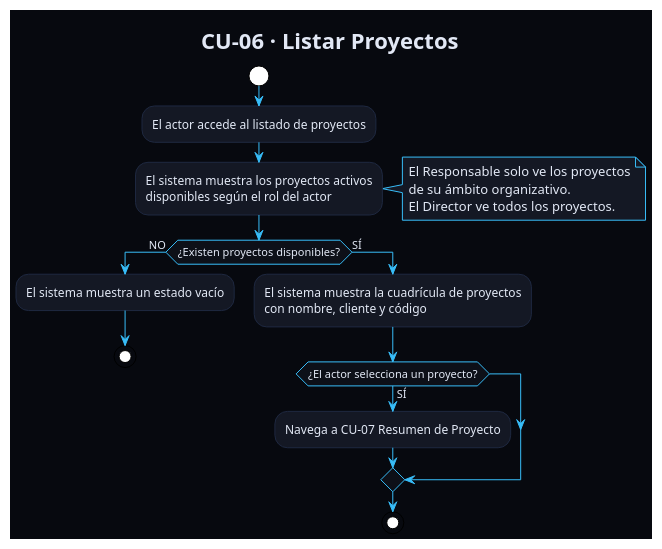
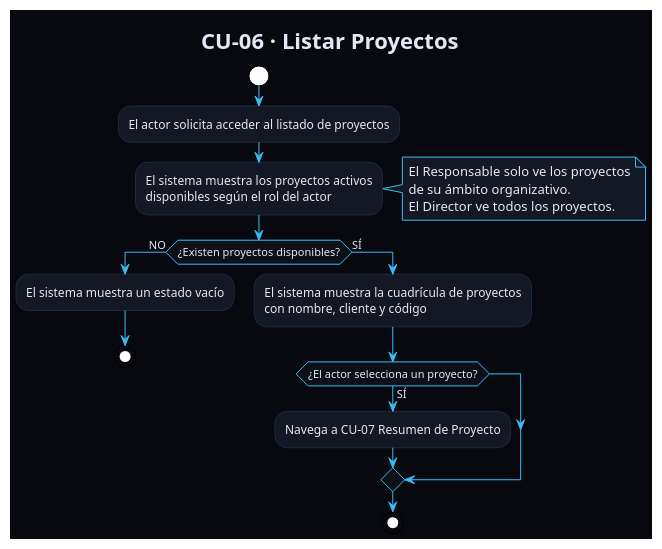
The diagram in Estudiantes/cesar-garcia-eguiguren/Capítulo-2/diagramas/CdU/flujoCU06.puml (Jorgeog25/GII-TFG-2026), drawn with PlantUML before and after one commit. The commit also changed 13 other files, not shown here.

Commit message:
actualización de diagramas

```diff
--- a/Estudiantes/cesar-garcia-eguiguren/Capítulo-2/diagramas/CdU/flujoCU06.puml
+++ b/Estudiantes/cesar-garcia-eguiguren/Capítulo-2/diagramas/CdU/flujoCU06.puml
@@ -1,38 +1,38 @@
 @startuml CU06_ListarProyectos
 !theme plain
 skinparam backgroundColor #07090F
 skinparam defaultFontColor #E2E8F5
 skinparam ArrowColor #38BDF8
 skinparam ActivityBorderColor #1E2840
 skinparam ActivityBackgroundColor #141824
 skinparam ActivityDiamondBackgroundColor #0D1018
 skinparam ActivityDiamondBorderColor #38BDF8
 skinparam NoteBackgroundColor #141824
 skinparam NoteBorderColor #38BDF8
 title CU-06 · Listar Proyectos
 
 start
-:El actor accede al listado de proyectos;
+:El actor solicita acceder al listado de proyectos;
 :El sistema muestra los proyectos activos
 disponibles según el rol del actor;
 
 note right
   El Responsable solo ve los proyectos
   de su ámbito organizativo.
   El Director ve todos los proyectos.
 end note
 
 if (¿Existen proyectos disponibles?) then (NO)
   :El sistema muestra un estado vacío;
   stop
 else (SÍ)
   :El sistema muestra la cuadrícula de proyectos
   con nombre, cliente y código;
 
   if (¿El actor selecciona un proyecto?) then (SÍ)
     :Navega a CU-07 Resumen de Proyecto;
   endif
   stop
 endif
 
 @enduml
```
